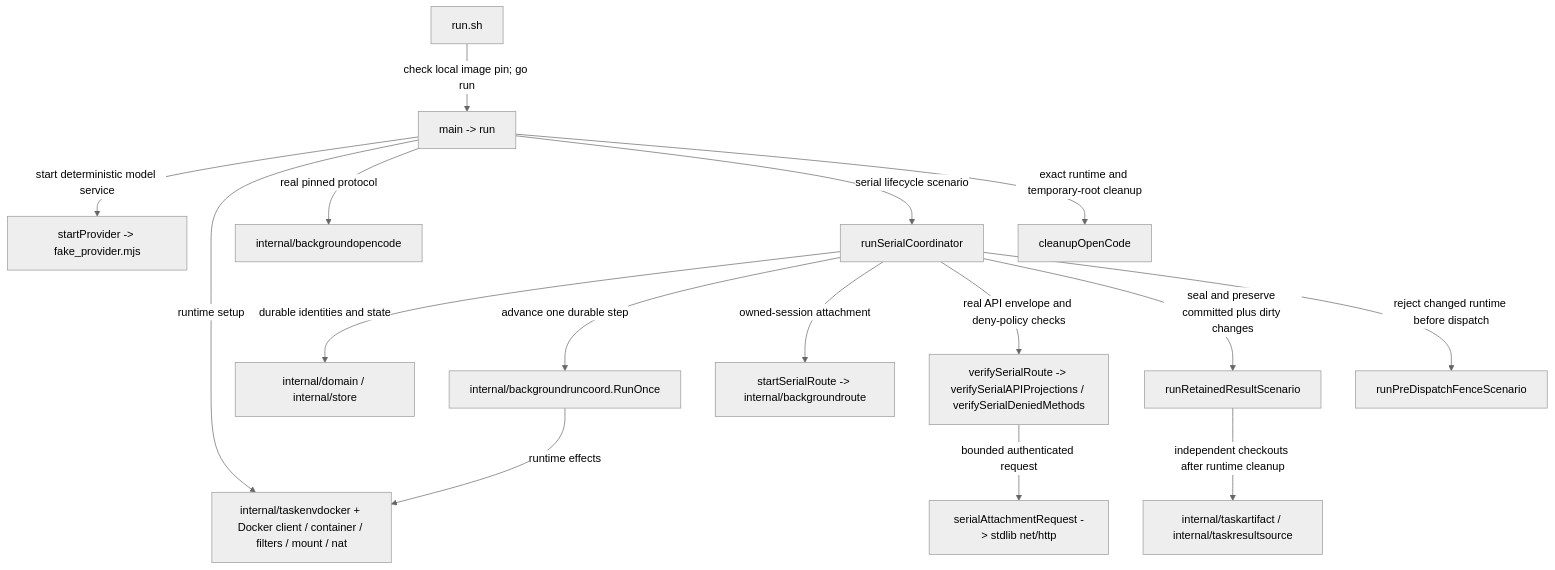
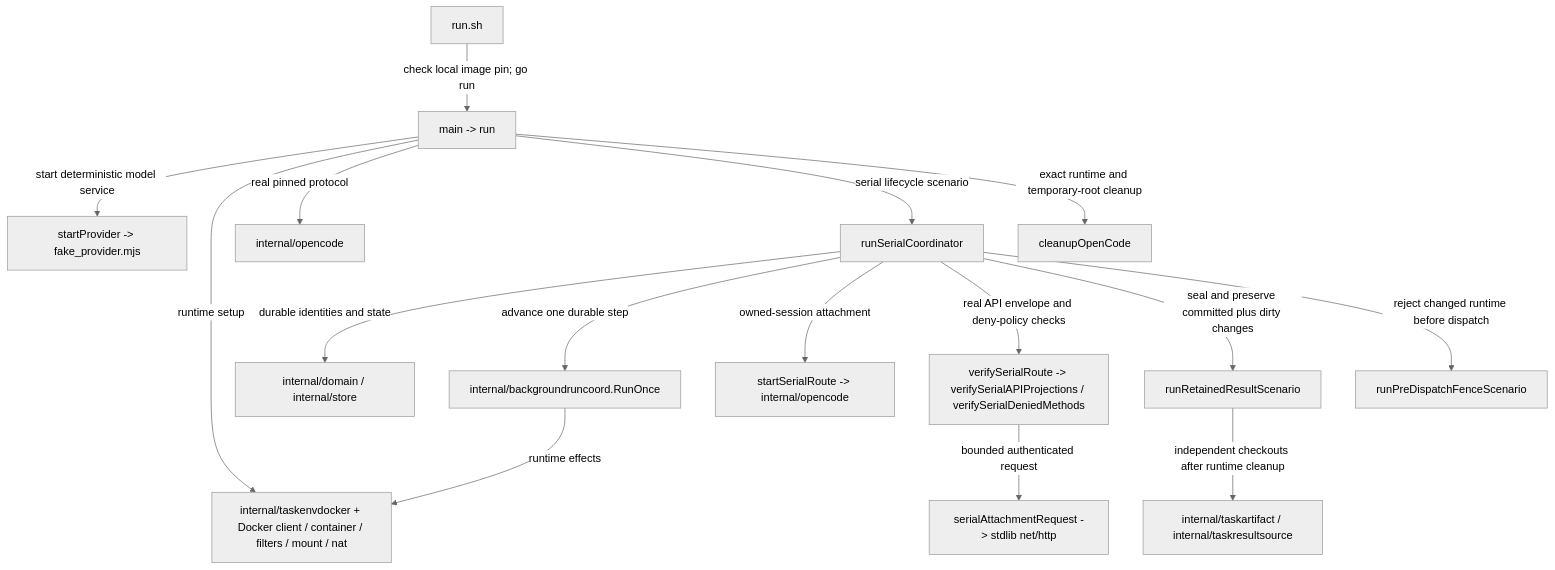
Before and after one commit to nebler/fern: the diagram in integration/background-run-opencode/README.md, drawn with Mermaid (neutral theme). The commit also changed 38 other files, not shown here.

First line of the commit message:
refactor: merge backgroundopencode and backgroundroute into internal/opencode

````diff
--- a/integration/background-run-opencode/README.md
+++ b/integration/background-run-opencode/README.md
@@ -13,18 +13,18 @@
 ```mermaid
 flowchart TD
   shell["run.sh"] -->|"check local image pin; go run"| main["main -> run"]
   main -->|"start deterministic model service"| start["startProvider -> fake_provider.mjs"]
   main -->|"runtime setup"| provider["internal/taskenvdocker + Docker client / container / filters / mount / nat"]
-  main -->|"real pinned protocol"| protocol["internal/backgroundopencode"]
+  main -->|"real pinned protocol"| protocol["internal/opencode"]
   main -->|"serial lifecycle scenario"| serial["runSerialCoordinator"]
   serial -->|"durable identities and state"| store["internal/domain / internal/store"]
   serial -->|"advance one durable step"| coord["internal/backgroundruncoord.RunOnce"]
   coord -->|"runtime effects"| provider
-  serial -->|"owned-session attachment"| route["startSerialRoute -> internal/backgroundroute"]
+  serial -->|"owned-session attachment"| route["startSerialRoute -> internal/opencode"]
   serial -->|"real API envelope and deny-policy checks"| attach["verifySerialRoute -> verifySerialAPIProjections / verifySerialDeniedMethods"]
   attach -->|"bounded authenticated request"| req["serialAttachmentRequest -> stdlib net/http"]
   serial -->|"seal and preserve committed plus dirty changes"| retain["runRetainedResultScenario"]
   retain -->|"independent checkouts after runtime cleanup"| artifact["internal/taskartifact / internal/taskresultsource"]
   serial -->|"reject changed runtime before dispatch"| fence["runPreDispatchFenceScenario"]
   main -->|"exact runtime and temporary-root cleanup"| cleanup["cleanupOpenCode"]
 ```
````
